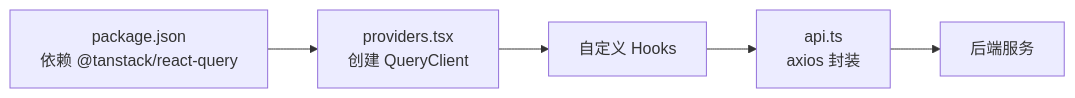
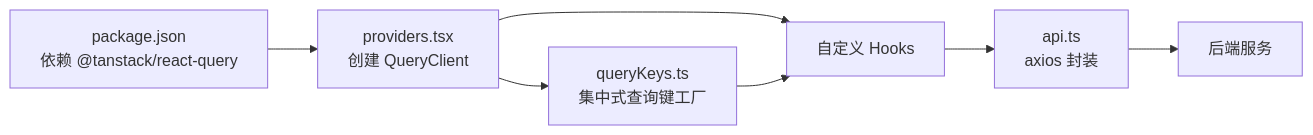
Before and after one commit to gujialind/InvestRing: the fifth of 5 diagrams in .qoder/repowiki/zh/content/前端应用架构/状态管理策略/React Query 集成.md, drawn with Mermaid. The commit also changed other lines of this file and 32 other files, not shown here.

````diff
--- a/.qoder/repowiki/zh/content/前端应用架构/状态管理策略/React Query 集成.md
+++ b/.qoder/repowiki/zh/content/前端应用架构/状态管理策略/React Query 集成.md
@@ -279,7 +321,9 @@
 ```mermaid
 graph LR
 Pkg["package.json<br/>依赖 @tanstack/react-query"] --> Providers["providers.tsx<br/>创建 QueryClient"]
+Providers --> QueryKeys["queryKeys.ts<br/>集中式查询键工厂"]
 Providers --> Hooks["自定义 Hooks"]
+QueryKeys --> Hooks
 Hooks --> API["api.ts<br/>axios 封装"]
 API --> S["后端服务"]
 ```
````
